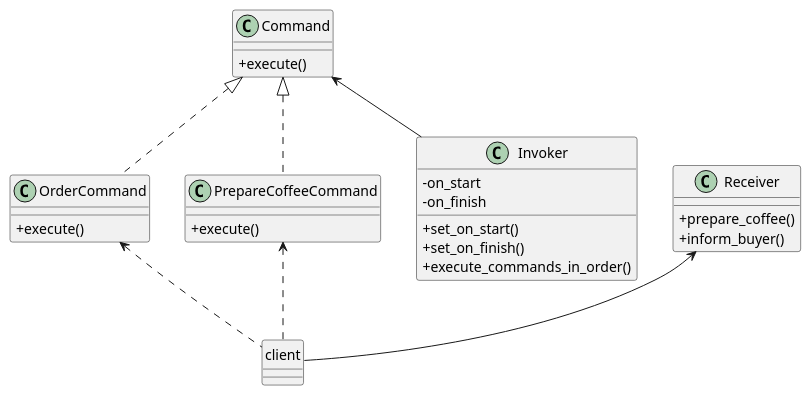
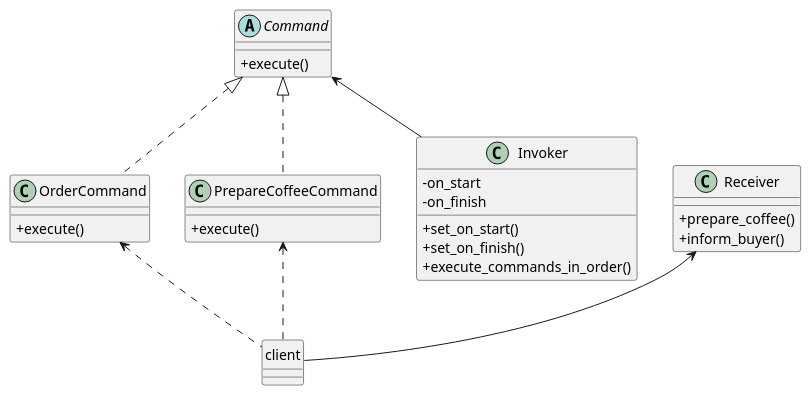
Before and after one commit to VolleyballPlayer/design-patterns: the diagram in docs/source/pattern_description/command.rst, drawn with PlantUML. The commit also changed 4 other files, not shown here.

```diff
--- a/docs/source/pattern_description/command.rst
+++ b/docs/source/pattern_description/command.rst
@@ -110,44 +110,44 @@
 .. uml::
 
     @startuml
 
         skinparam classAttributeIconSize 0
 
         OrderCommand <.. client
         PrepareCoffeeCommand <.. client
 
         Receiver <-- client
 
         Command <|.. OrderCommand
         Command <|.. PrepareCoffeeCommand
 
         Command <-- Invoker
 
-        class Command {
+        abstract class Command {
         + execute()
         }
 
         class OrderCommand {
         + execute()
         }
 
         class PrepareCoffeeCommand {
         + execute()
         }
 
         class Invoker {
         - on_start
         - on_finish
         + set_on_start()
         + set_on_finish()
         + execute_commands_in_order()
         }
 
         class Receiver {
         + prepare_coffee()
         + inform_buyer()
         }
 
         hide client circle
 
     @enduml
```
